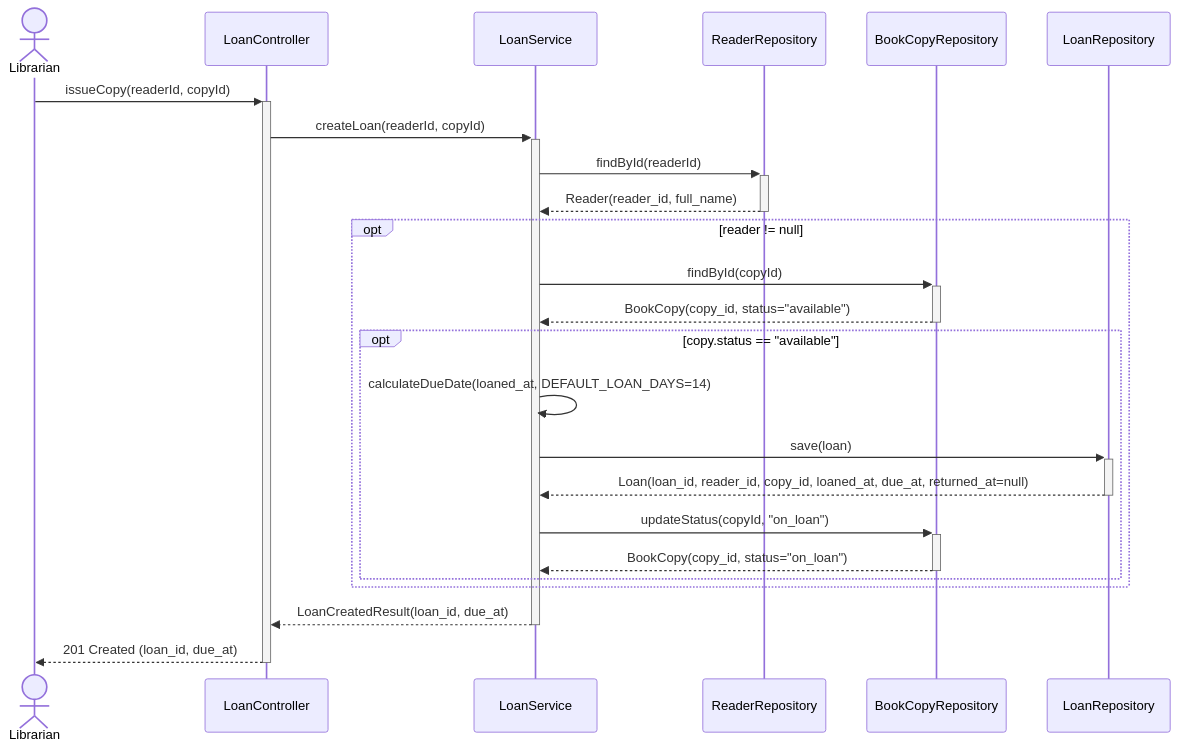
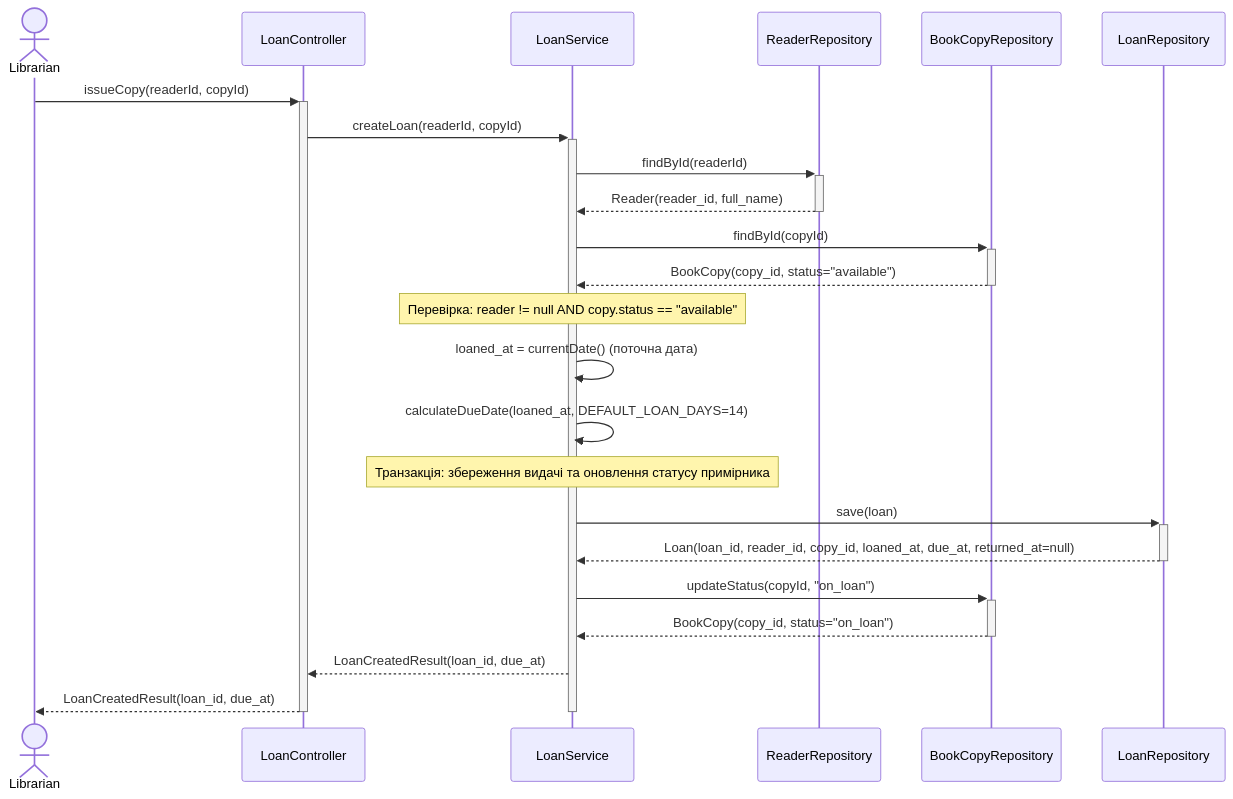
The first of 3 diagrams in lab3/docs/sequences.md (UsenkoAnastasiya/kpi-second), drawn with Mermaid before and after one commit. The commit also changed other lines of this file and 1 other file, not shown here.

Commit message:
feat: add criterion 10 and use domain results with transaction note in sequences

````diff
--- a/lab3/docs/sequences.md
+++ b/lab3/docs/sequences.md
@@ -5,32 +5,36 @@
 ```mermaid
 sequenceDiagram
     actor Librarian
     participant LoanController
     participant LoanService
     participant ReaderRepository
     participant BookCopyRepository
     participant LoanRepository
 
     Librarian->>+LoanController: issueCopy(readerId, copyId)
     LoanController->>+LoanService: createLoan(readerId, copyId)
 
     LoanService->>+ReaderRepository: findById(readerId)
     ReaderRepository-->>-LoanService: Reader(reader_id, full_name)
 
-    opt reader != null
-        LoanService->>+BookCopyRepository: findById(copyId)
-        BookCopyRepository-->>-LoanService: BookCopy(copy_id, status="available")
+    LoanService->>+BookCopyRepository: findById(copyId)
+    BookCopyRepository-->>-LoanService: BookCopy(copy_id, status="available")
 
-        opt copy.status == "available"
-            LoanService->>LoanService: calculateDueDate(loaned_at, DEFAULT_LOAN_DAYS=14)
-            LoanService->>+LoanRepository: save(loan)
-            LoanRepository-->>-LoanService: Loan(loan_id, reader_id, copy_id, loaned_at, due_at, returned_at=null)
+    Note over LoanService: Перевірка: reader != null AND copy.status == "available"
 
-            LoanService->>+BookCopyRepository: updateStatus(copyId, "on_loan")
-            BookCopyRepository-->>-LoanService: BookCopy(copy_id, status="on_loan")
-        end
-    end
+    LoanService->>LoanService: loaned_at = currentDate() (поточна дата)
+    LoanService->>LoanService: calculateDueDate(loaned_at, DEFAULT_LOAN_DAYS=14)
 
-    LoanService-->>-LoanController: LoanCreatedResult(loan_id, due_at)
-    LoanController-->>-Librarian: 201 Created (loan_id, due_at)
+    Note over LoanService: Транзакція: збереження видачі та оновлення статусу примірника
+    LoanService->>+LoanRepository: save(loan)
+    LoanRepository-->>-LoanService: Loan(loan_id, reader_id, copy_id, loaned_at, due_at, returned_at=null)
+
+    LoanService->>+BookCopyRepository: updateStatus(copyId, "on_loan")
+    BookCopyRepository-->>-LoanService: BookCopy(copy_id, status="on_loan")
+
+    LoanService-->>LoanController: LoanCreatedResult(loan_id, due_at)
+    LoanController-->>Librarian: LoanCreatedResult(loan_id, due_at)
+
+    deactivate LoanService
+    deactivate LoanController
 ```
````
